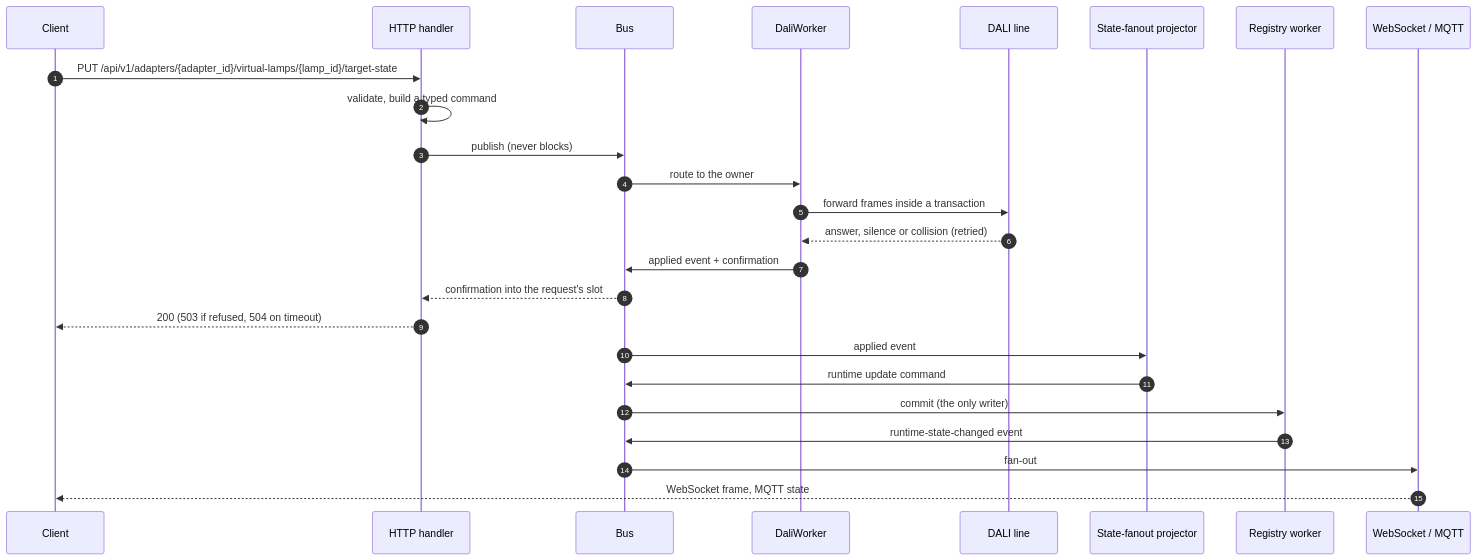
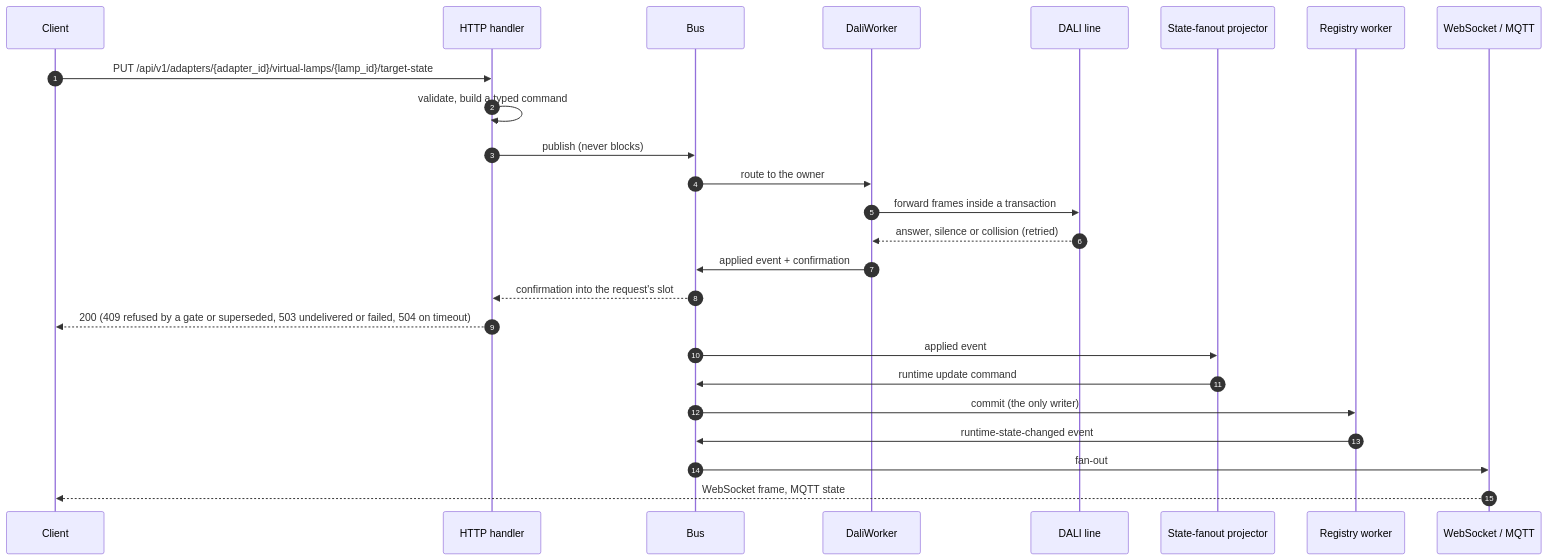
One commit to ishergin/oxidali changed the diagram in README.md. Above: the diagram before and after it, drawn with Mermaid. The commit also changed other lines of this file and 20 other files, not shown here.

````diff
--- a/README.md
+++ b/README.md
@@ -173,28 +173,28 @@
 ```mermaid
 sequenceDiagram
   autonumber
   participant C as Client
   participant H as HTTP handler
   participant B as Bus
   participant W as DaliWorker
   participant L as DALI line
   participant F as State-fanout projector
   participant R as Registry worker
   participant O as WebSocket / MQTT
 
   C->>H: PUT /api/v1/adapters/{adapter_id}/virtual-lamps/{lamp_id}/target-state
   H->>H: validate, build a typed command
   H->>B: publish (never blocks)
   B->>W: route to the owner
   W->>L: forward frames inside a transaction
   L-->>W: answer, silence or collision (retried)
   W->>B: applied event + confirmation
   B-->>H: confirmation into the request's slot
-  H-->>C: 200 (503 if refused, 504 on timeout)
+  H-->>C: 200 (409 refused by a gate or superseded, 503 undelivered or failed, 504 on timeout)
   B->>F: applied event
   F->>B: runtime update command
   B->>R: commit (the only writer)
   R->>B: runtime-state-changed event
   B->>O: fan-out
   O-->>C: WebSocket frame, MQTT state
 ```
````
